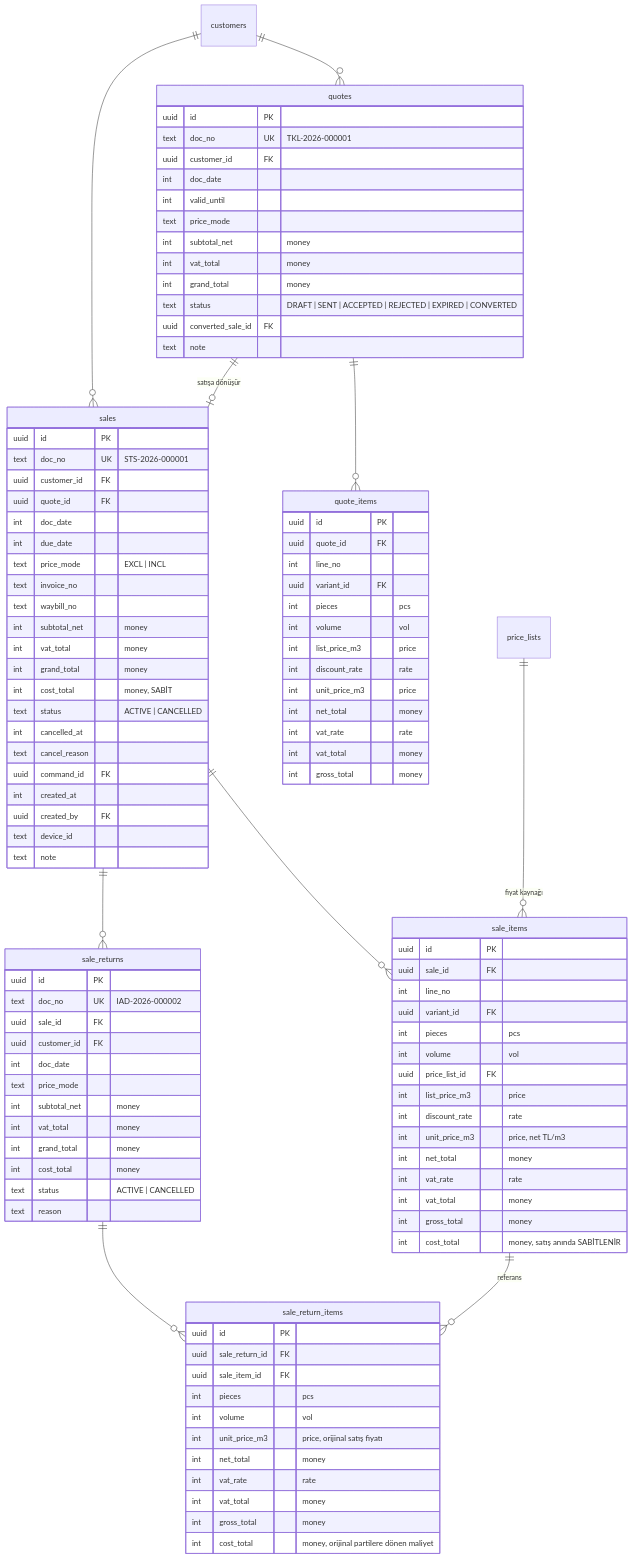
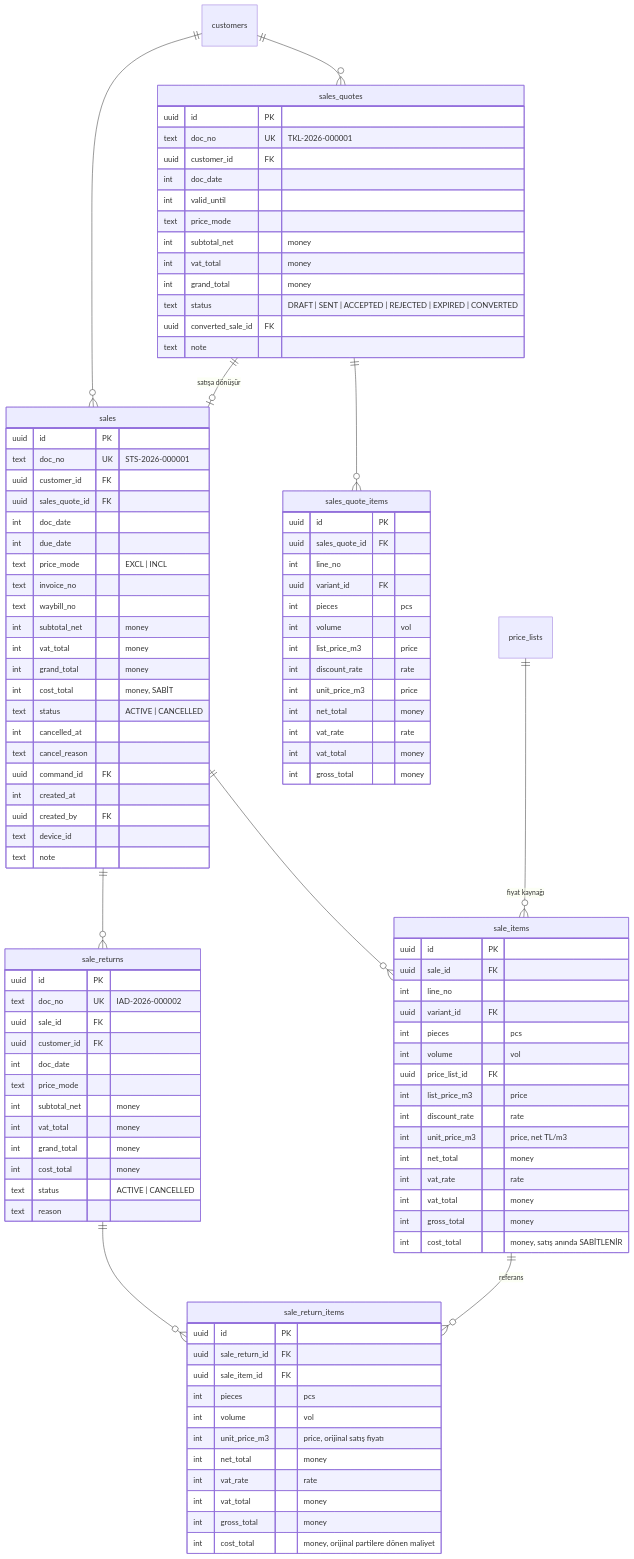
Before and after one commit to Elektron666/sungerbob: the sixth of 14 diagrams in docs/ERD.md, drawn with Mermaid. The commit also changed other lines of this file and 2 other files, not shown here.

````diff
--- a/docs/ERD.md
+++ b/docs/ERD.md
@@ -480,8 +540,8 @@
 ```mermaid
 erDiagram
-    customers ||--o{ quotes : ""
-    quotes ||--o{ quote_items : ""
-    quotes ||--o| sales : "satışa dönüşür"
+    customers ||--o{ sales_quotes : ""
+    sales_quotes ||--o{ sales_quote_items : ""
+    sales_quotes ||--o| sales : "satışa dönüşür"
     customers ||--o{ sales : ""
     sales ||--o{ sale_items : ""
     sale_items ||--o{ sale_return_items : "referans"
@@ -489,7 +549,7 @@
     sale_returns ||--o{ sale_return_items : ""
     price_lists ||--o{ sale_items : "fiyat kaynağı"
 
-    quotes {
+    sales_quotes {
         uuid id PK
         text doc_no UK "TKL-2026-000001"
         uuid customer_id FK
@@ -503,9 +563,9 @@
         uuid converted_sale_id FK
         text note
     }
-    quote_items {
+    sales_quote_items {
         uuid id PK
-        uuid quote_id FK
+        uuid sales_quote_id FK
         int line_no
         uuid variant_id FK
         int pieces "pcs"
@@ -522,7 +582,7 @@
         uuid id PK
         text doc_no UK "STS-2026-000001"
         uuid customer_id FK
-        uuid quote_id FK
+        uuid sales_quote_id FK
         int doc_date
         int due_date
         text price_mode "EXCL | INCL"
````
